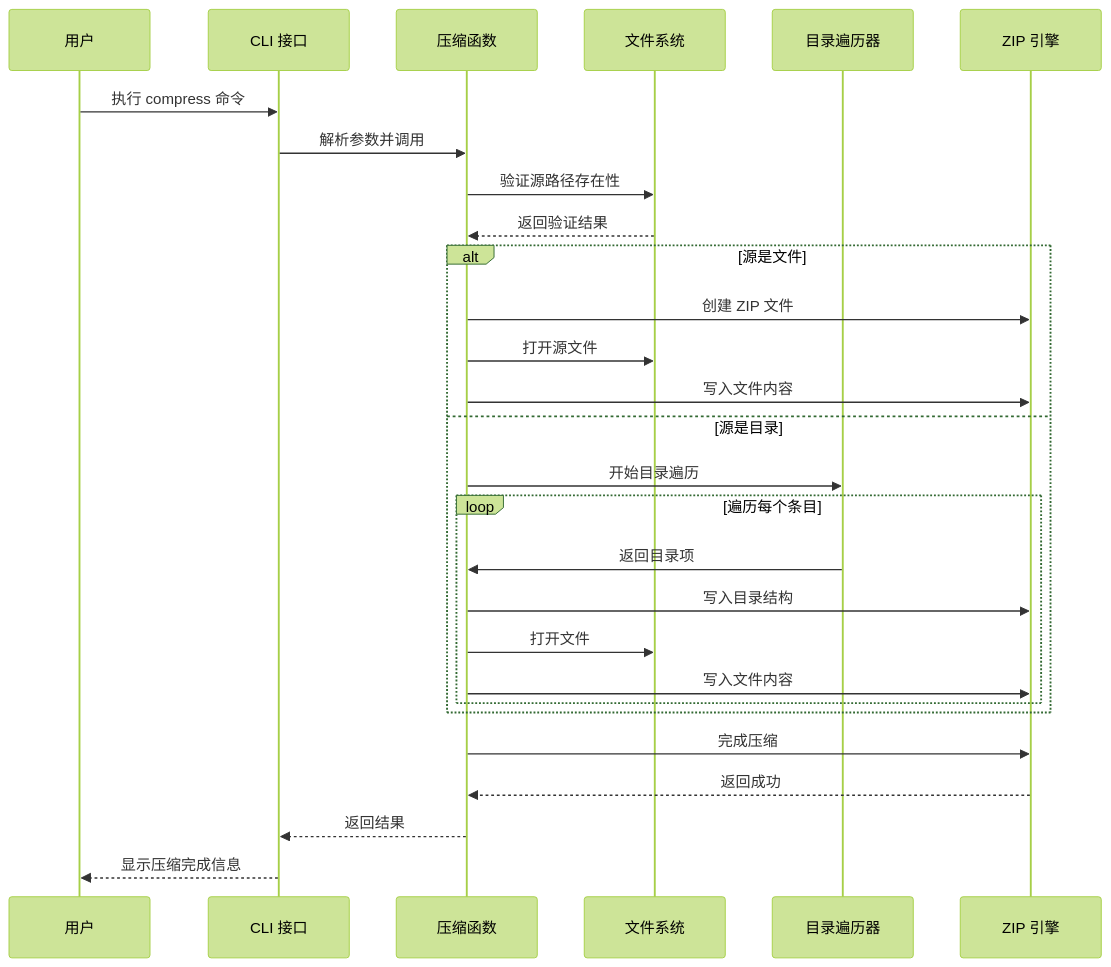
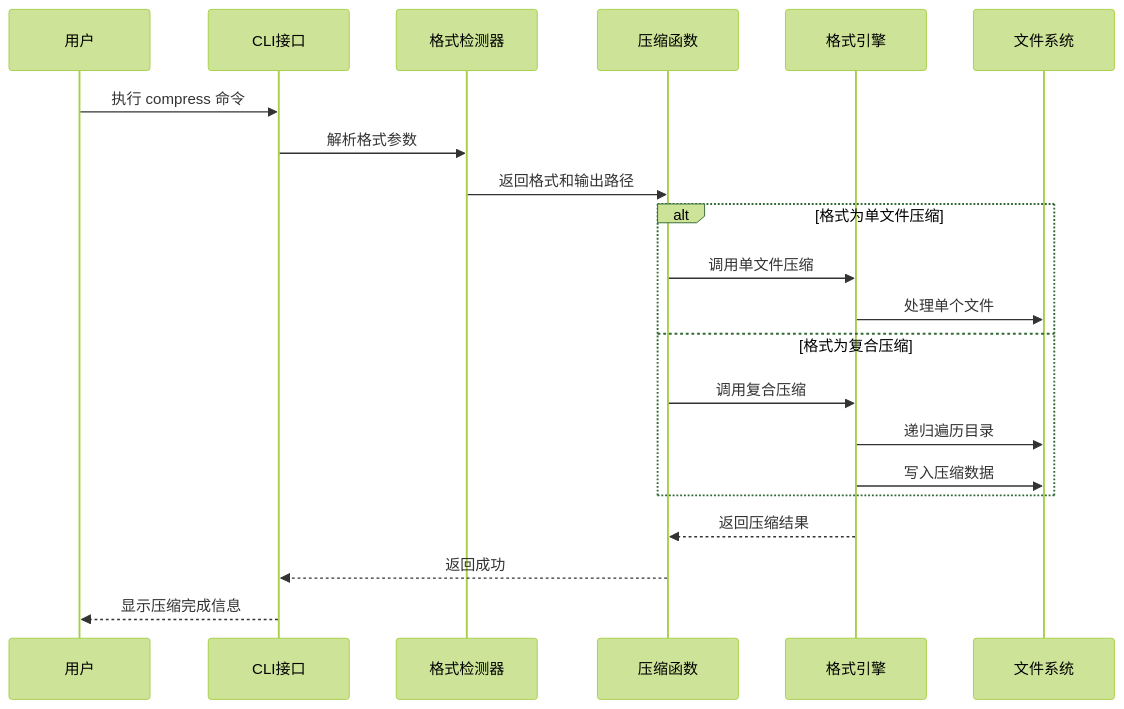
One commit to zhangjiacai-hub/myArchive changed the third of 7 diagrams in .qoder/repowiki/zh/content/命令参考手册.md. Above: the diagram before and after it, drawn with Mermaid (forest theme). The commit also changed other lines of this file and 6 other files, not shown here.

````diff
--- a/.qoder/repowiki/zh/content/命令参考手册.md
+++ b/.qoder/repowiki/zh/content/命令参考手册.md
@@ -184,30 +324,23 @@
 ```mermaid
 sequenceDiagram
 participant User as 用户
-participant CLI as CLI 接口
+participant CLI as CLI接口
+participant FormatDetector as 格式检测器
 participant Compress as 压缩函数
+participant Engine as 格式引擎
 participant FS as 文件系统
-participant Walker as 目录遍历器
-participant ZIP as ZIP 引擎
 User->>CLI : 执行 compress 命令
-CLI->>Compress : 解析参数并调用
-Compress->>FS : 验证源路径存在性
-FS-->>Compress : 返回验证结果
-alt 源是文件
-Compress->>ZIP : 创建 ZIP 文件
-Compress->>FS : 打开源文件
-Compress->>ZIP : 写入文件内容
-else 源是目录
-Compress->>Walker : 开始目录遍历
-loop 遍历每个条目
-Walker->>Compress : 返回目录项
-Compress->>ZIP : 写入目录结构
-Compress->>FS : 打开文件
-Compress->>ZIP : 写入文件内容
+CLI->>FormatDetector : 解析格式参数
+FormatDetector->>Compress : 返回格式和输出路径
+alt 格式为单文件压缩
+Compress->>Engine : 调用单文件压缩
+Engine->>FS : 处理单个文件
+else 格式为复合压缩
+Compress->>Engine : 调用复合压缩
+Engine->>FS : 递归遍历目录
+Engine->>FS : 写入压缩数据
 end
-end
-Compress->>ZIP : 完成压缩
-ZIP-->>Compress : 返回成功
-Compress-->>CLI : 返回结果
+Engine-->>Compress : 返回压缩结果
+Compress-->>CLI : 返回成功
 CLI-->>User : 显示压缩完成信息
 ```
````
